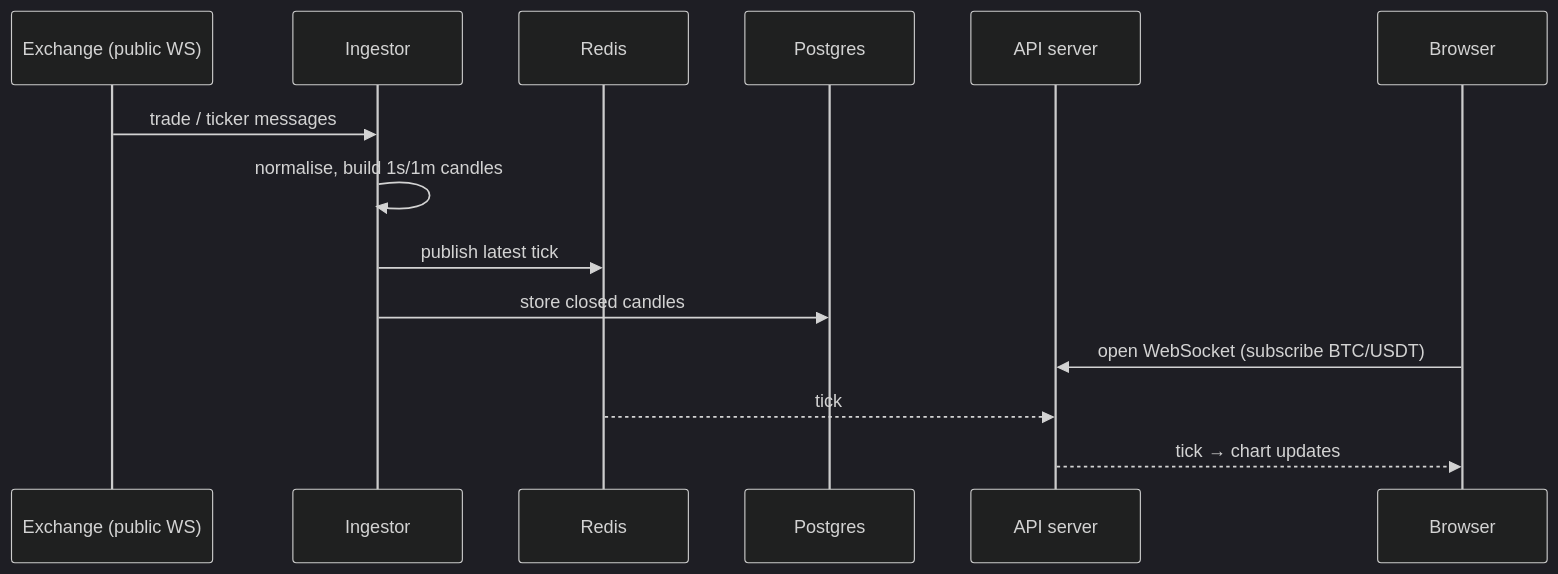
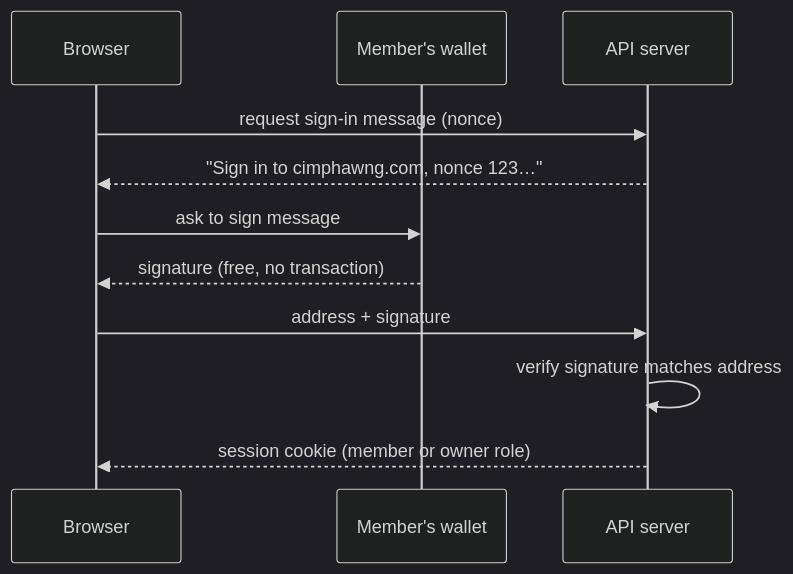
The third of 5 diagrams in docs/ARCHITECTURE.md (mangpijasuan/cimphawng), drawn with Mermaid (dark theme) before and after one commit. The commit also changed other lines of this file and 1 other file, not shown here.

First line of the commit message:
Update architecture for DEX, Zomi community and cimphawng.com

````diff
--- a/docs/ARCHITECTURE.md
+++ b/docs/ARCHITECTURE.md
@@ -174,16 +207,13 @@
 ```mermaid
 sequenceDiagram
-    participant X as Exchange (public WS)
-    participant I as Ingestor
-    participant R as Redis
-    participant D as Postgres
+    participant B as Browser
+    participant W as Member's wallet
     participant A as API server
-    participant B as Browser
-    X->>I: trade / ticker messages
-    I->>I: normalise, build 1s/1m candles
-    I->>R: publish latest tick
-    I->>D: store closed candles
-    B->>A: open WebSocket (subscribe BTC/USDT)
-    R-->>A: tick
-    A-->>B: tick → chart updates
+    B->>A: request sign-in message (nonce)
+    A-->>B: "Sign in to cimphawng.com, nonce 123…"
+    B->>W: ask to sign message
+    W-->>B: signature (free, no transaction)
+    B->>A: address + signature
+    A->>A: verify signature matches address
+    A-->>B: session cookie (member or owner role)
 ```
````
